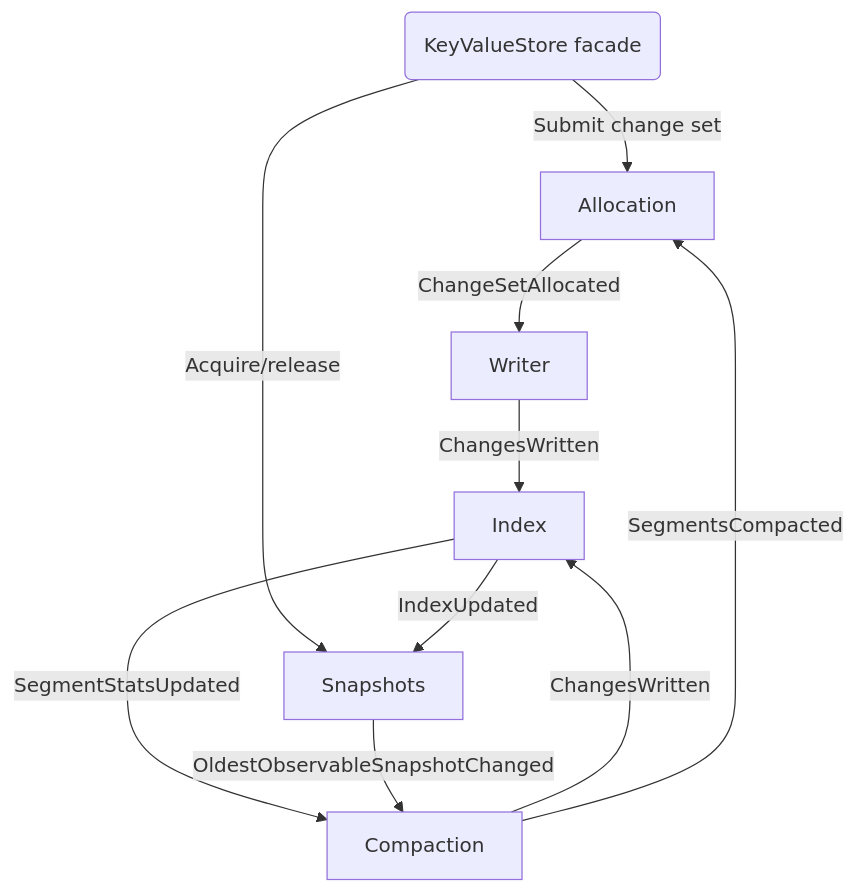
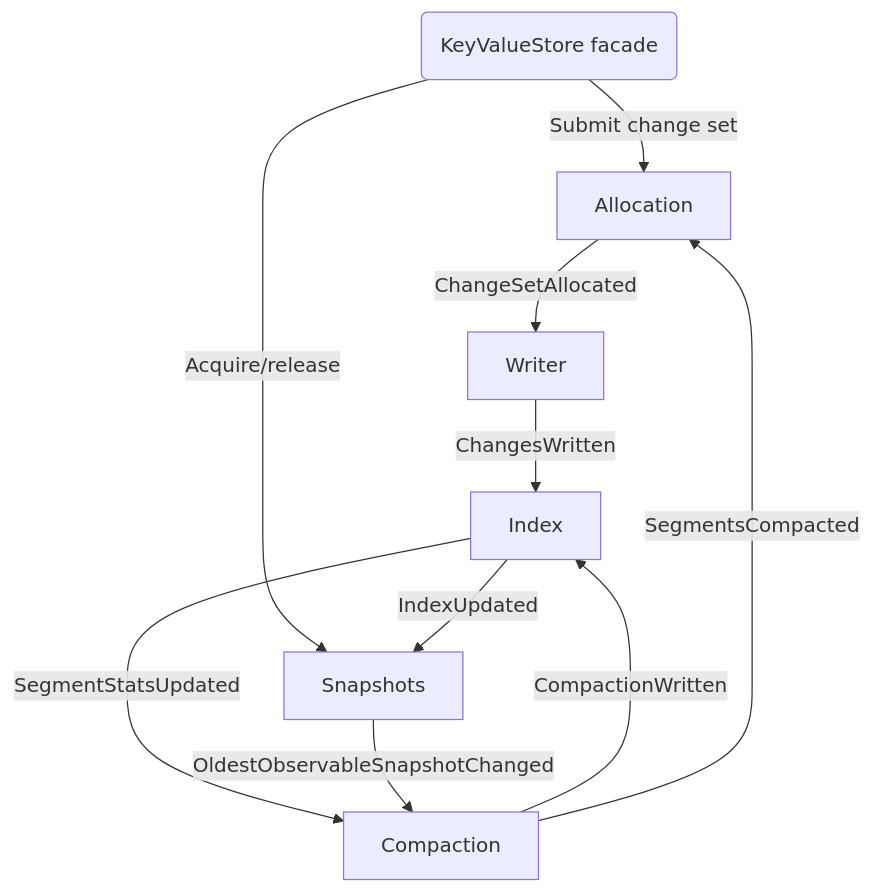
Before and after one commit to ig2r/fugu: the diagram in README.md, drawn with Mermaid. The commit also changed 4 other files, not shown here.

Commit message:
Introduce dedicated CompactionWritten channel from Compaction to Index actor

````diff
--- a/README.md
+++ b/README.md
@@ -67,15 +67,15 @@
 ```mermaid
 graph TD;
     KeyValueStore(KeyValueStore facade);
     KeyValueStore -- Submit change set --> Allocation;
     KeyValueStore -- Acquire/release --> Snapshots;
 
     Allocation -- ChangeSetAllocated --> Writer;
     Writer -- ChangesWritten --> Index;
     Index -- IndexUpdated --> Snapshots;
 
     Index -- SegmentStatsUpdated --> Compaction;
     Snapshots -- OldestObservableSnapshotChanged --> Compaction;
-    Compaction -- ChangesWritten --> Index;
+    Compaction -- CompactionWritten --> Index;
     Compaction -- SegmentsCompacted --> Allocation;
 ```
````
